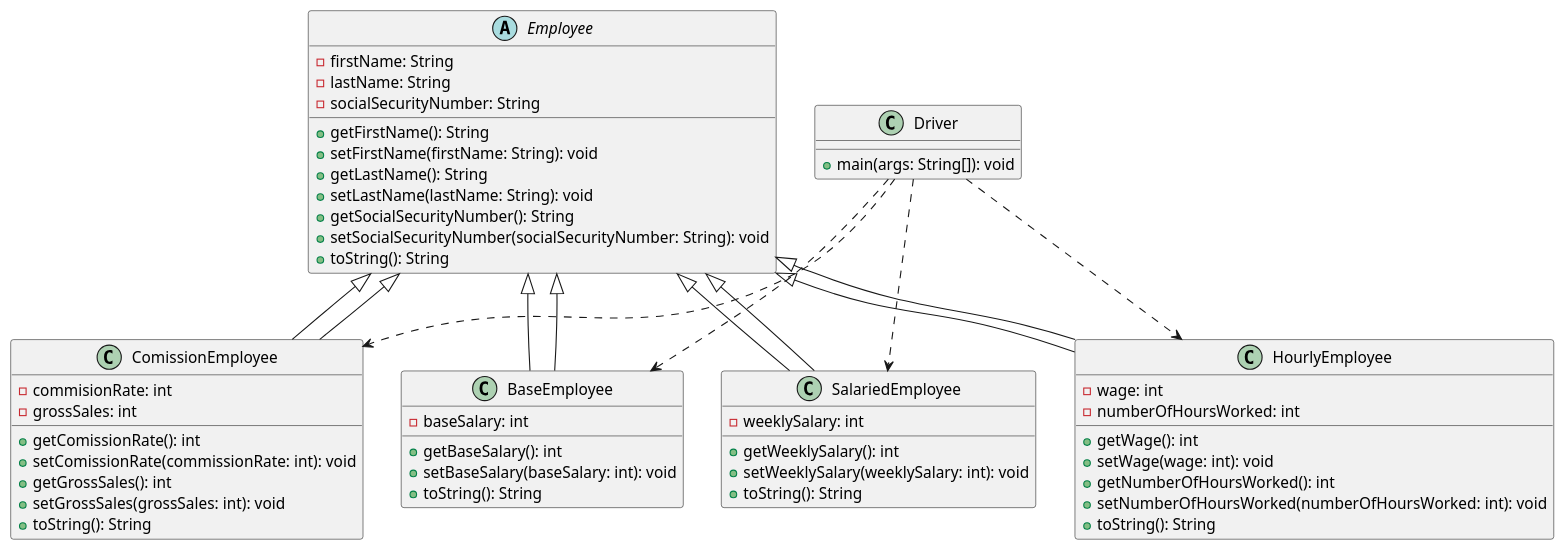
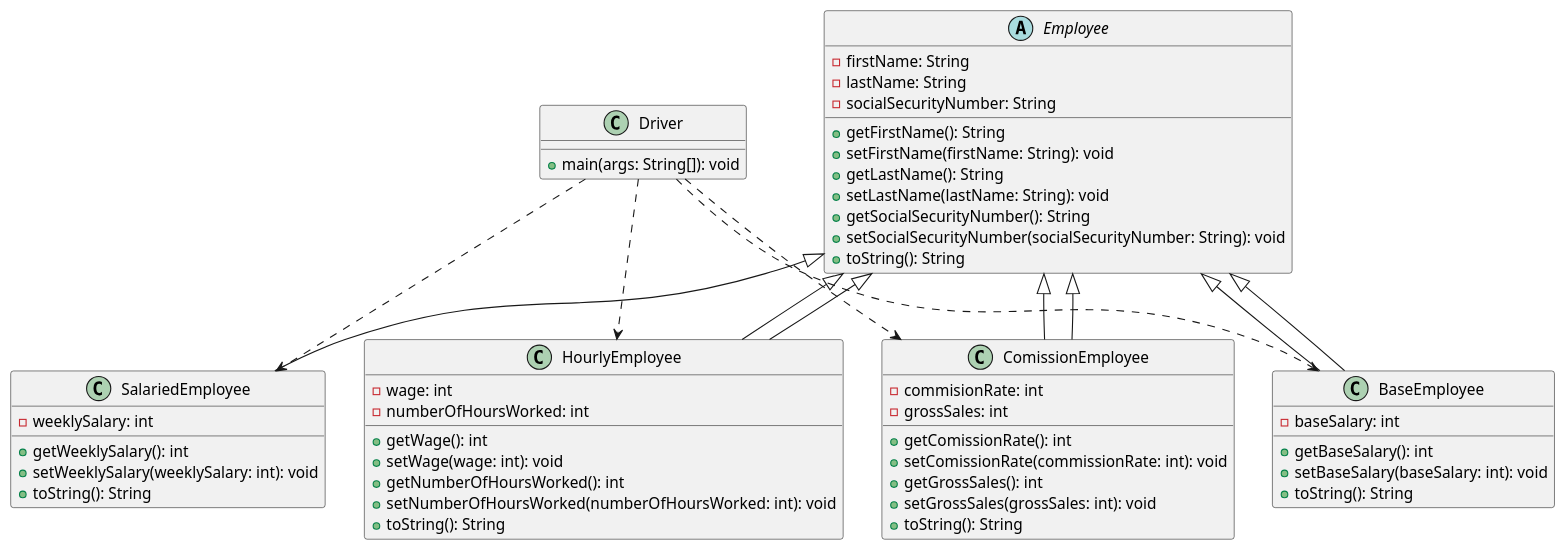
One commit to jeff-reff/HW4-1 changed the diagram in inheritance/Part1.puml. Above: the diagram before and after it, drawn with PlantUML.

Commit message:
remove extends

```diff
--- a/inheritance/Part1.puml
+++ b/inheritance/Part1.puml
@@ -1,71 +1,71 @@
 @startuml
 'https://plantuml.com/class-diagram
 
 abstract class Employee{
     - firstName: String
     - lastName: String
     - socialSecurityNumber: String
 
     + getFirstName(): String
     + setFirstName(firstName: String): void
     + getLastName(): String
     + setLastName(lastName: String): void
     + getSocialSecurityNumber(): String
     + setSocialSecurityNumber(socialSecurityNumber: String): void
     + toString(): String
 
 }
 
-class SalariedEmployee extends Employee{
+class SalariedEmployee{
     - weeklySalary: int
 
     + getWeeklySalary(): int
     + setWeeklySalary(weeklySalary: int): void
     + toString(): String
 }
 
 class HourlyEmployee extends Employee{
     - wage: int
     - numberOfHoursWorked: int
 
     + getWage(): int
     + setWage(wage: int): void
     + getNumberOfHoursWorked(): int
     + setNumberOfHoursWorked(numberOfHoursWorked: int): void
     + toString(): String
 }
 
 class ComissionEmployee extends Employee {
     - commisionRate: int
     - grossSales: int
 
     + getComissionRate(): int
     + setComissionRate(commissionRate: int): void
     + getGrossSales(): int
     + setGrossSales(grossSales: int): void
     + toString(): String
 }
 
 class BaseEmployee extends Employee {
     - baseSalary: int
 
     + getBaseSalary(): int
     + setBaseSalary(baseSalary: int): void
     + toString(): String
 }
 
 class Driver {
     + main(args: String[]): void
 }
 
 Employee <|-- SalariedEmployee
 Employee <|-- BaseEmployee
 Employee <|-- HourlyEmployee
 Employee <|-- ComissionEmployee
 
 Driver ..> SalariedEmployee
 Driver ..> BaseEmployee
 Driver ..> HourlyEmployee
 Driver ..> ComissionEmployee
 
 @enduml
```
